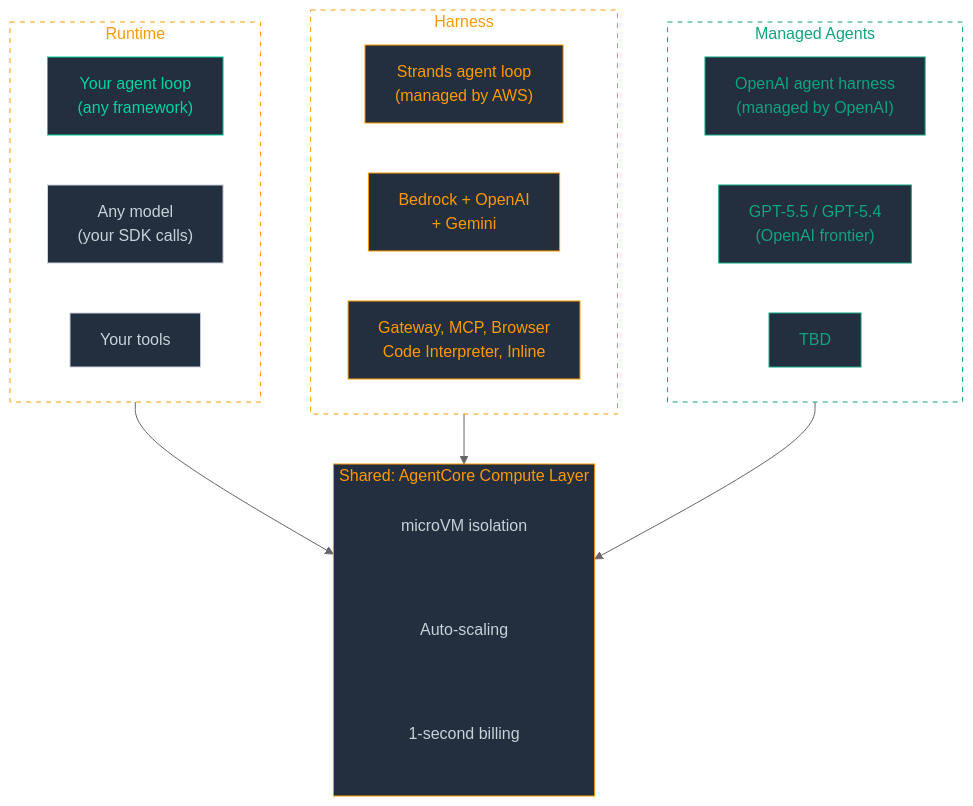
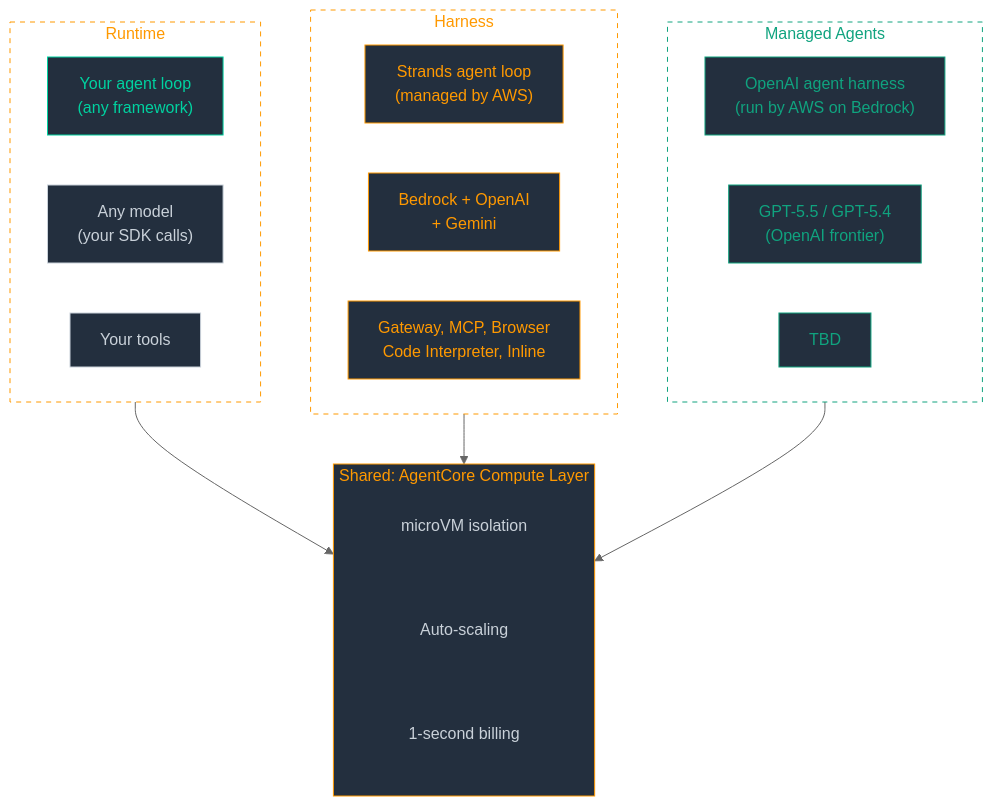
The fifth of 6 diagrams in content/posts/agentcore-runtime-vs-harness-vs-openai/index.md (dgallitelli/blog), drawn with Mermaid (neutral theme) before and after one commit. The commit also changed other lines of this file, not shown here.

First line of the commit message:
Fix Managed Agents wording: OpenAI designed the harness, AWS operates it

````diff
--- a/content/posts/agentcore-runtime-vs-harness-vs-openai/index.md
+++ b/content/posts/agentcore-runtime-vs-harness-vs-openai/index.md
@@ -317,48 +317,48 @@
 ```mermaid
 flowchart TB
     subgraph Shared["Shared: AgentCore Compute Layer"]
         direction LR
         MicroVM["microVM isolation"]
         Scaling["Auto-scaling"]
         Billing["1-second billing"]
     end
 
     subgraph Runtime["Runtime"]
         R_Loop["Your agent loop<br/>(any framework)"]
         R_Models["Any model<br/>(your SDK calls)"]
         R_Tools["Your tools"]
     end
 
     subgraph HarnessBlock["Harness"]
         H_Loop["Strands agent loop<br/>(managed by AWS)"]
         H_Models["Bedrock + OpenAI<br/>+ Gemini"]
         H_Tools["Gateway, MCP, Browser<br/>Code Interpreter, Inline"]
     end
 
     subgraph ManagedBlock["Managed Agents"]
-        M_Loop["OpenAI agent harness<br/>(managed by OpenAI)"]
+        M_Loop["OpenAI agent harness<br/>(run by AWS on Bedrock)"]
         M_Models["GPT-5.5 / GPT-5.4<br/>(OpenAI frontier)"]
         M_Tools["TBD"]
     end
 
     Runtime --> Shared
     HarnessBlock --> Shared
     ManagedBlock --> Shared
 
     style Shared fill:#232f3e,stroke:#ff9900,color:#ff9900
     style MicroVM fill:none,stroke:none,color:#c9d1d9
     style Scaling fill:none,stroke:none,color:#c9d1d9
     style Billing fill:none,stroke:none,color:#c9d1d9
     style Runtime fill:none,stroke:#ff9900,stroke-dasharray:5 5,color:#ff9900
     style HarnessBlock fill:none,stroke:#ff9900,stroke-dasharray:5 5,color:#ff9900
     style ManagedBlock fill:none,stroke:#10a37f,stroke-dasharray:5 5,color:#10a37f
     style R_Loop fill:#232f3e,stroke:#00d2a0,color:#00d2a0
     style R_Models fill:#232f3e,stroke:#c9d1d9,color:#c9d1d9
     style R_Tools fill:#232f3e,stroke:#c9d1d9,color:#c9d1d9
     style H_Loop fill:#232f3e,stroke:#ff9900,color:#ff9900
     style H_Models fill:#232f3e,stroke:#ff9900,color:#ff9900
     style H_Tools fill:#232f3e,stroke:#ff9900,color:#ff9900
     style M_Loop fill:#232f3e,stroke:#10a37f,color:#10a37f
     style M_Models fill:#232f3e,stroke:#10a37f,color:#10a37f
     style M_Tools fill:#232f3e,stroke:#10a37f,color:#10a37f
 ```
````
